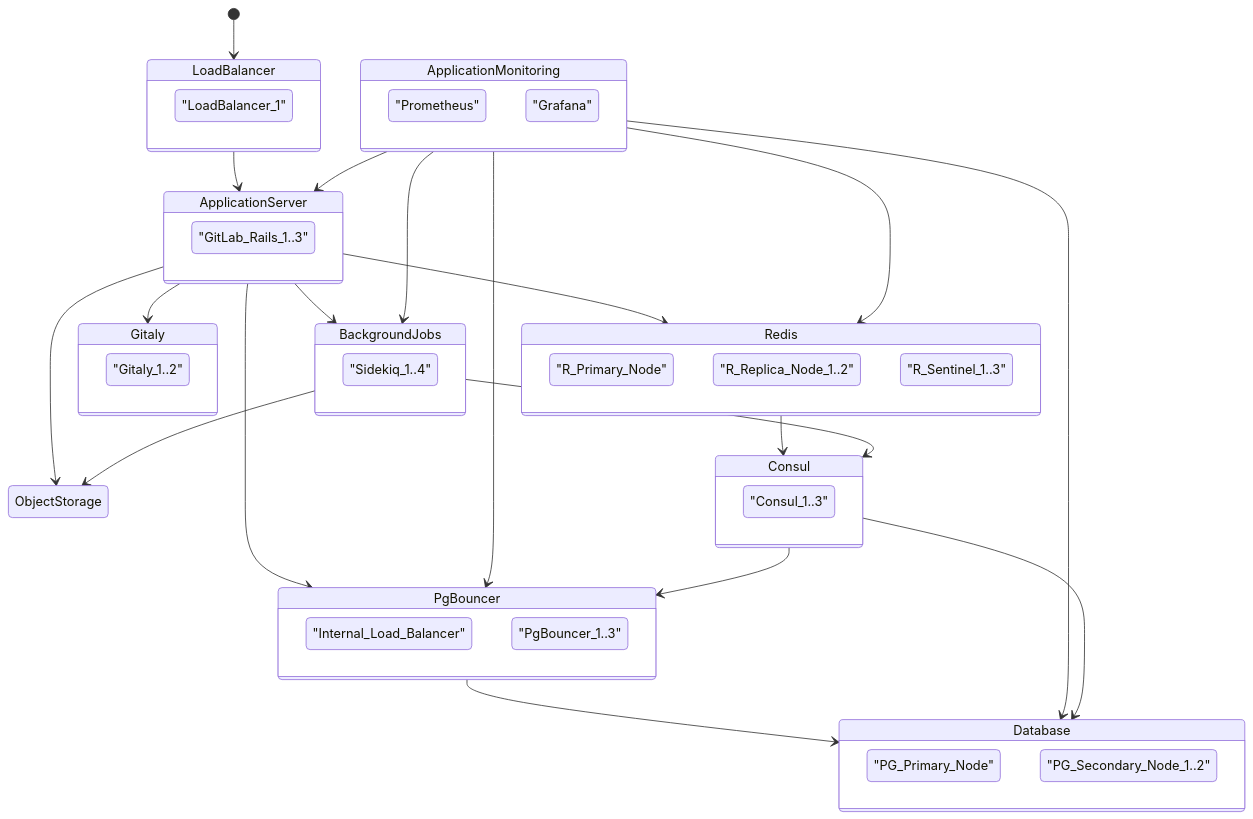
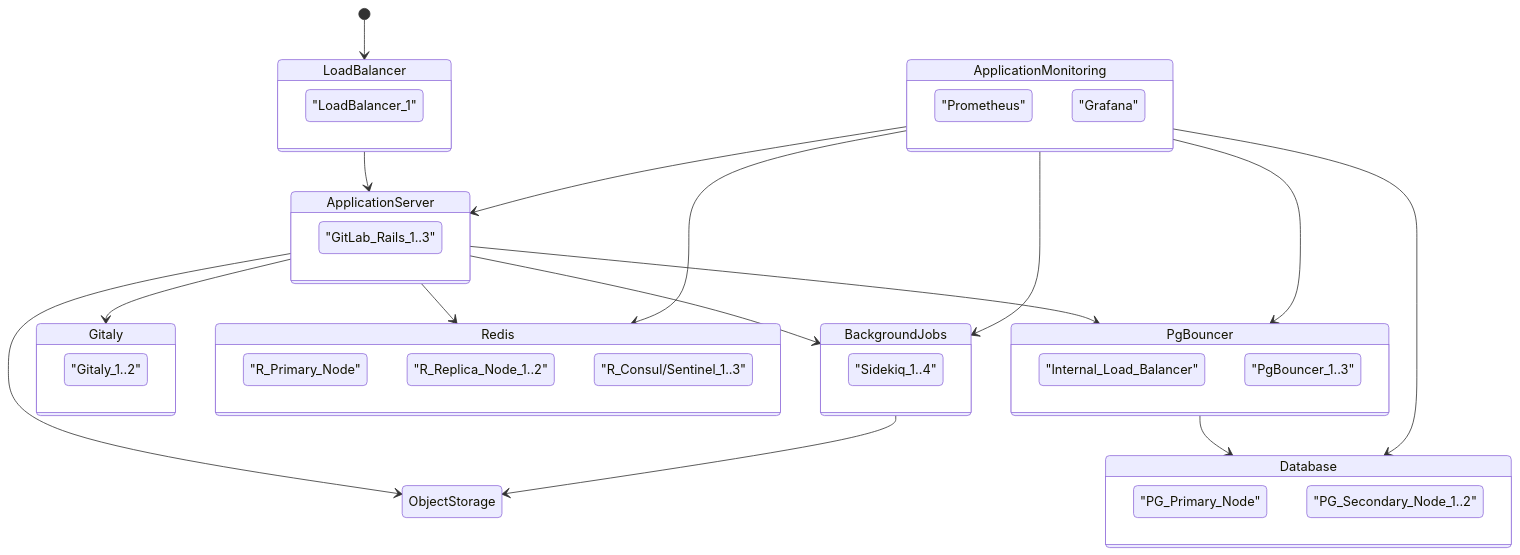
The diagram in doc/administration/reference_architectures/5k_users.md (nickbrandt/GitLab), drawn with Mermaid before and after one commit.

Commit message:
Remove the consul edits for 5k ref. architecture

````diff
--- a/doc/administration/reference_architectures/5k_users.md
+++ b/doc/administration/reference_architectures/5k_users.md
@@ -40,65 +40,56 @@
 ```mermaid
 stateDiagram-v2
     [*] --> LoadBalancer
     LoadBalancer --> ApplicationServer
 
     ApplicationServer --> BackgroundJobs
     ApplicationServer --> Gitaly
     ApplicationServer --> Redis
     ApplicationServer --> PgBouncer
     PgBouncer --> Database
     ApplicationServer --> ObjectStorage
     BackgroundJobs --> ObjectStorage
 
     ApplicationMonitoring -->ApplicationServer
     ApplicationMonitoring -->Redis
     ApplicationMonitoring -->PgBouncer
     ApplicationMonitoring -->Database
     ApplicationMonitoring -->BackgroundJobs
 
-    Consul --> Database
-    Consul --> PgBouncer
-    Redis --> Consul
-    BackgroundJobs --> Consul
-
     state Database {
       "PG_Primary_Node"
       "PG_Secondary_Node_1..2"
     }
 
-    state Consul {
-      "Consul_1..3"
-    }
-
     state Redis {
       "R_Primary_Node"
       "R_Replica_Node_1..2"
-      "R_Sentinel_1..3"
+      "R_Consul/Sentinel_1..3"
     }
 
     state Gitaly {
       "Gitaly_1..2"
     }
 
     state BackgroundJobs {
       "Sidekiq_1..4"
     }
 
     state ApplicationServer {
       "GitLab_Rails_1..3"
     }
 
     state LoadBalancer {
       "LoadBalancer_1"
     }
 
     state ApplicationMonitoring {
       "Prometheus"
       "Grafana"
     }
 
     state PgBouncer {
       "Internal_Load_Balancer"
       "PgBouncer_1..3"
     }
 ```
````
